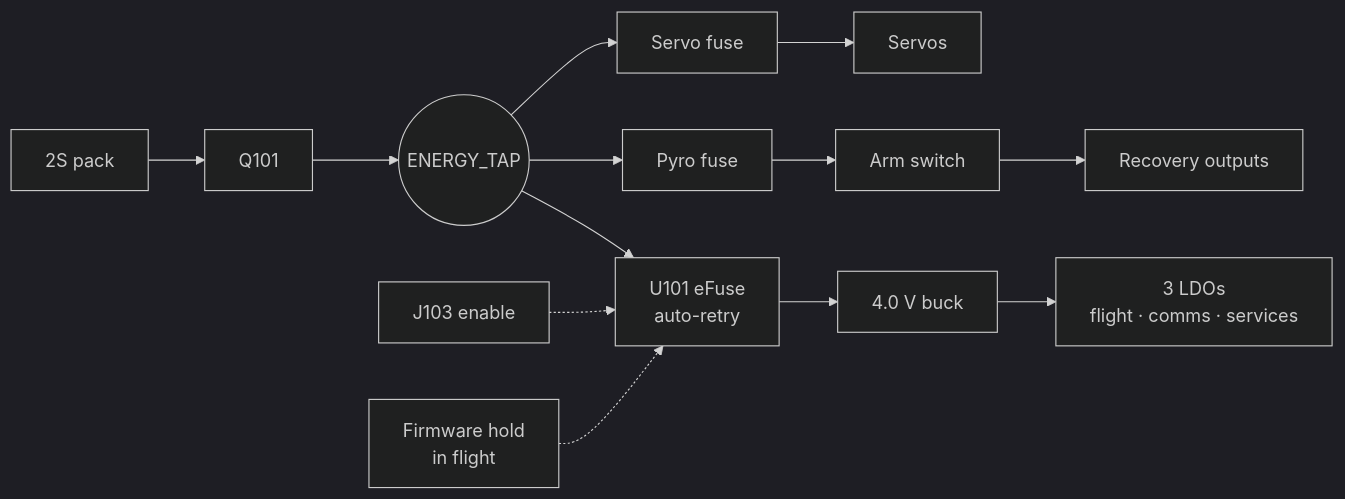
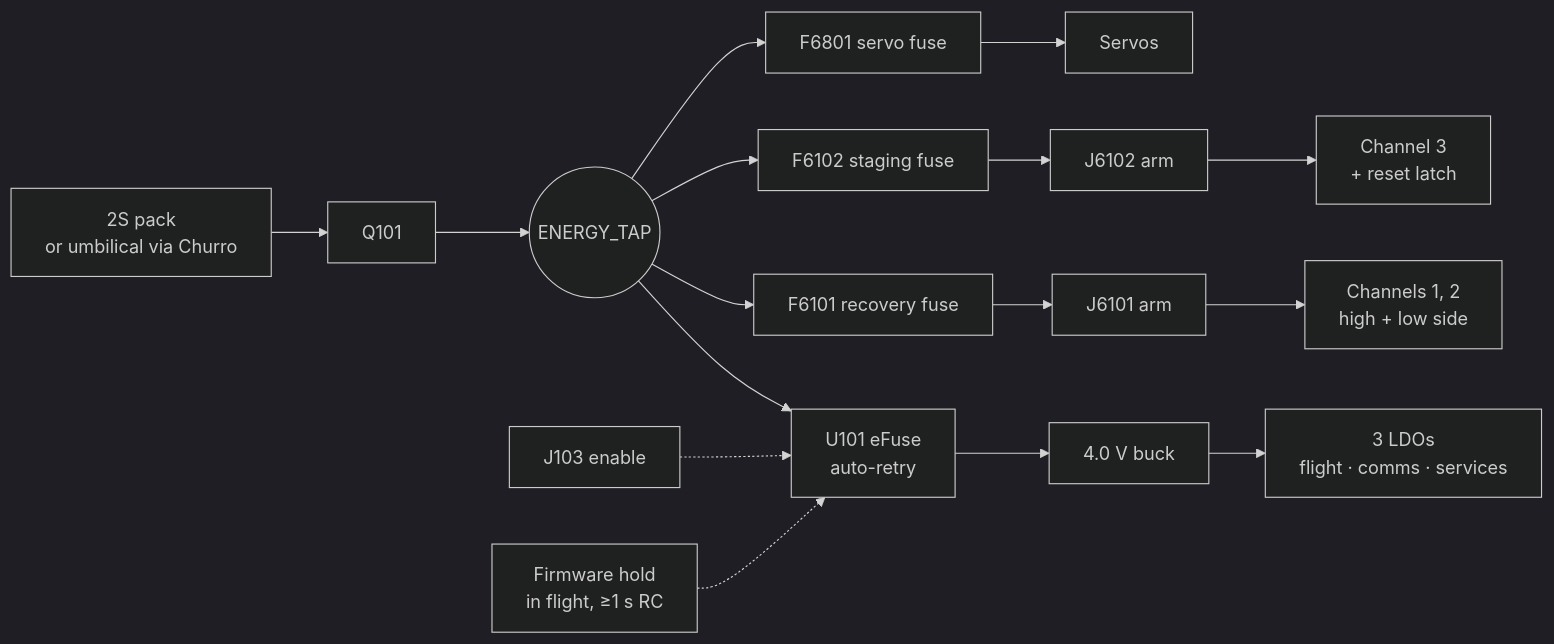
The third of 3 diagrams in docs/architecture/system-tour.md (ULAS-HiPR/Ogma2), drawn with Mermaid (dark theme) before and after one commit. The commit also changed other lines of this file and 3 other files, not shown here.

````diff
--- a/docs/architecture/system-tour.md
+++ b/docs/architecture/system-tour.md
@@ -88,12 +99,16 @@
 ```mermaid
 flowchart LR
-  BAT["2S pack"] --> Q["Q101"] --> TAP(("ENERGY_TAP"))
+  BAT["2S pack
+or umbilical via Churro"] --> Q["Q101"] --> TAP(("ENERGY_TAP"))
   TAP --> E["U101 eFuse
 auto-retry"] --> BUCK["4.0 V buck"] --> LDO["3 LDOs
 flight · comms · services"]
-  TAP --> PF["Pyro fuse"] --> ARM["Arm switch"] --> PY["Recovery outputs"]
-  TAP --> SF["Servo fuse"] --> SV["Servos"]
+  TAP --> PF["F6101 recovery fuse"] --> ARM["J6101 arm"] --> PY["Channels 1, 2
+high + low side"]
+  TAP --> PF3["F6102 staging fuse"] --> ARM3["J6102 arm"] --> PY3["Channel 3
++ reset latch"]
+  TAP --> SF["F6801 servo fuse"] --> SV["Servos"]
   EN["J103 enable"] -.-> E
   HOLD["Firmware hold
-in flight"] -.-> E
+in flight, ≥1 s RC"] -.-> E
 ```
````
